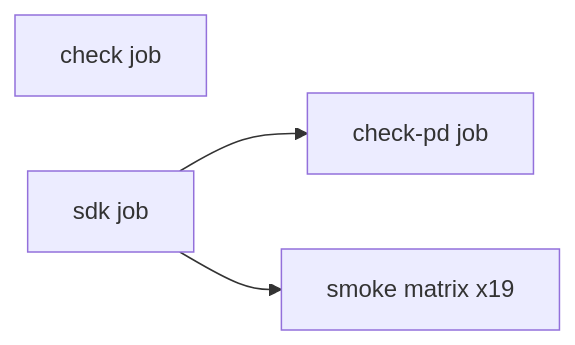
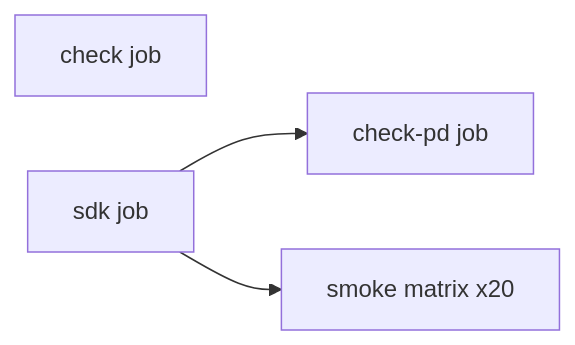
One commit to julerex/lerux changed the diagram in docs/ci.md. Above: the diagram before and after it, drawn with Mermaid. The commit also changed other lines of this file and 4 other files, not shown here.

````diff
--- a/docs/ci.md
+++ b/docs/ci.md
@@ -12,9 +12,9 @@
 ```mermaid
 flowchart LR
   check[check job]
   sdk[sdk job]
   checkPd[check-pd job]
-  smoke[smoke matrix x19]
+  smoke[smoke matrix x20]
   sdk --> checkPd
   sdk --> smoke
 ```
````
